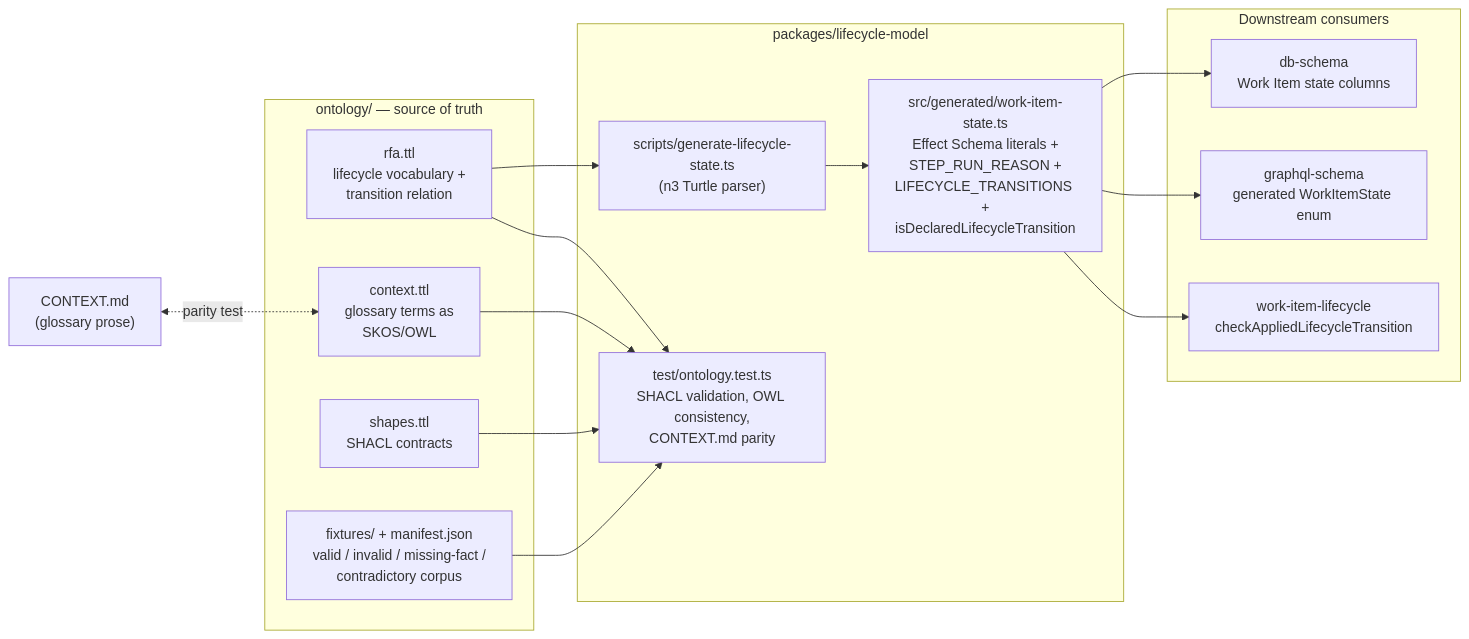
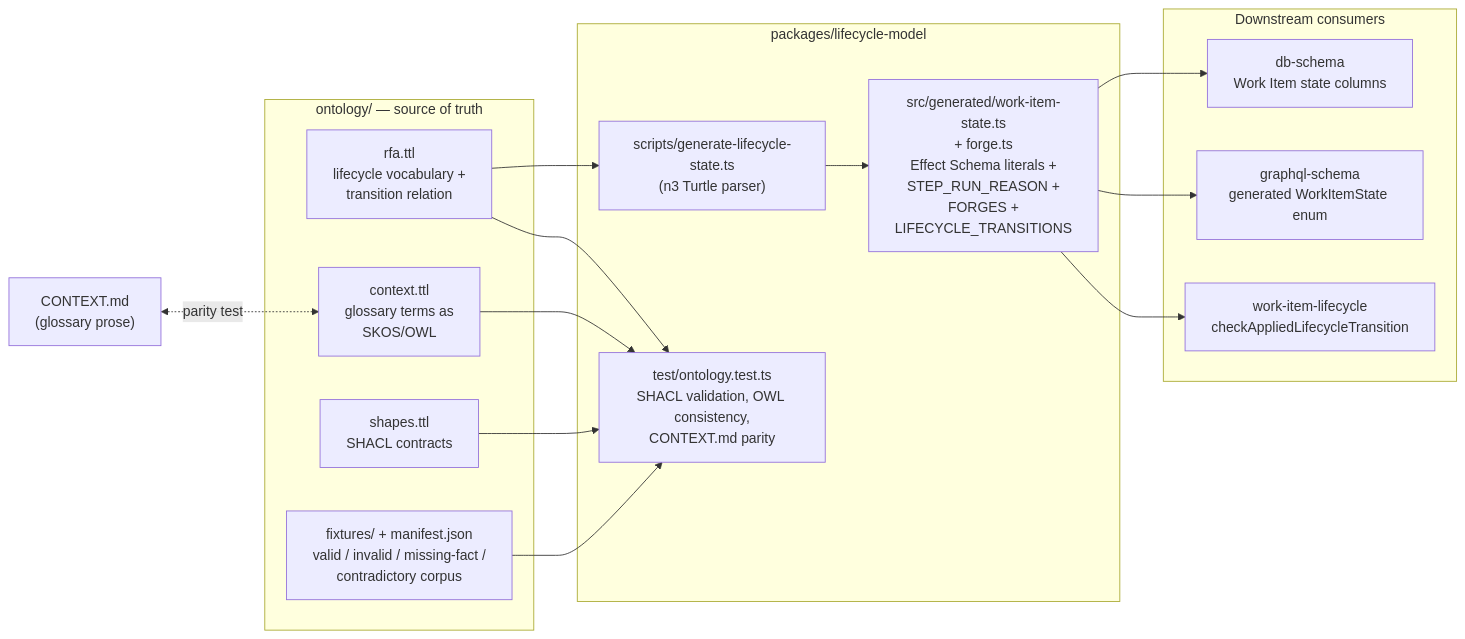
Before and after one commit to berenddeboer/ready-for-agent: the first of 3 diagrams in ontology/README.md, drawn with Mermaid. The commit also changed other lines of this file and 27 other files, not shown here.

````diff
--- a/ontology/README.md
+++ b/ontology/README.md
@@ -33,33 +33,33 @@
 ```mermaid
 flowchart LR
   contextmd["CONTEXT.md<br/>(glossary prose)"]
 
   subgraph ont["ontology/ — source of truth"]
     rfa["rfa.ttl<br/>lifecycle vocabulary +<br/>transition relation"]
     ctx["context.ttl<br/>glossary terms as<br/>SKOS/OWL"]
     shapes["shapes.ttl<br/>SHACL contracts"]
     fixtures["fixtures/ + manifest.json<br/>valid / invalid / missing-fact /<br/>contradictory corpus"]
   end
 
   subgraph lm["packages/lifecycle-model"]
     gen["scripts/generate-lifecycle-state.ts<br/>(n3 Turtle parser)"]
-    generated["src/generated/work-item-state.ts<br/>Effect Schema literals +<br/>STEP_RUN_REASON +<br/>LIFECYCLE_TRANSITIONS +<br/>isDeclaredLifecycleTransition"]
+    generated["src/generated/work-item-state.ts<br/>+ forge.ts<br/>Effect Schema literals +<br/>STEP_RUN_REASON +<br/>FORGES +<br/>LIFECYCLE_TRANSITIONS"]
     tests["test/ontology.test.ts<br/>SHACL validation, OWL consistency,<br/>CONTEXT.md parity"]
   end
 
   subgraph consumers["Downstream consumers"]
     db["db-schema<br/>Work Item state columns"]
     gql["graphql-schema<br/>generated WorkItemState enum"]
     wil["work-item-lifecycle<br/>checkAppliedLifecycleTransition"]
   end
 
   rfa --> gen --> generated
   generated --> db
   generated --> gql
   generated --> wil
   rfa --> tests
   ctx --> tests
   shapes --> tests
   fixtures --> tests
   contextmd <-. "parity test" .-> ctx
 ```
````
